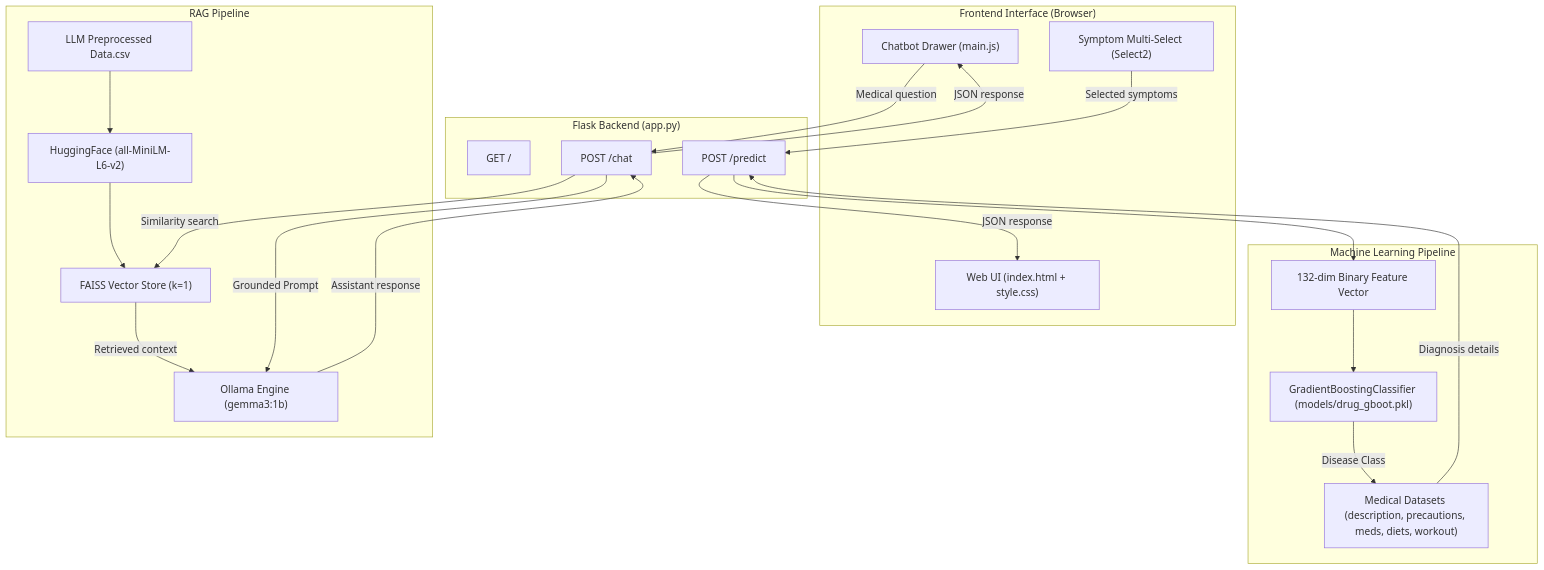
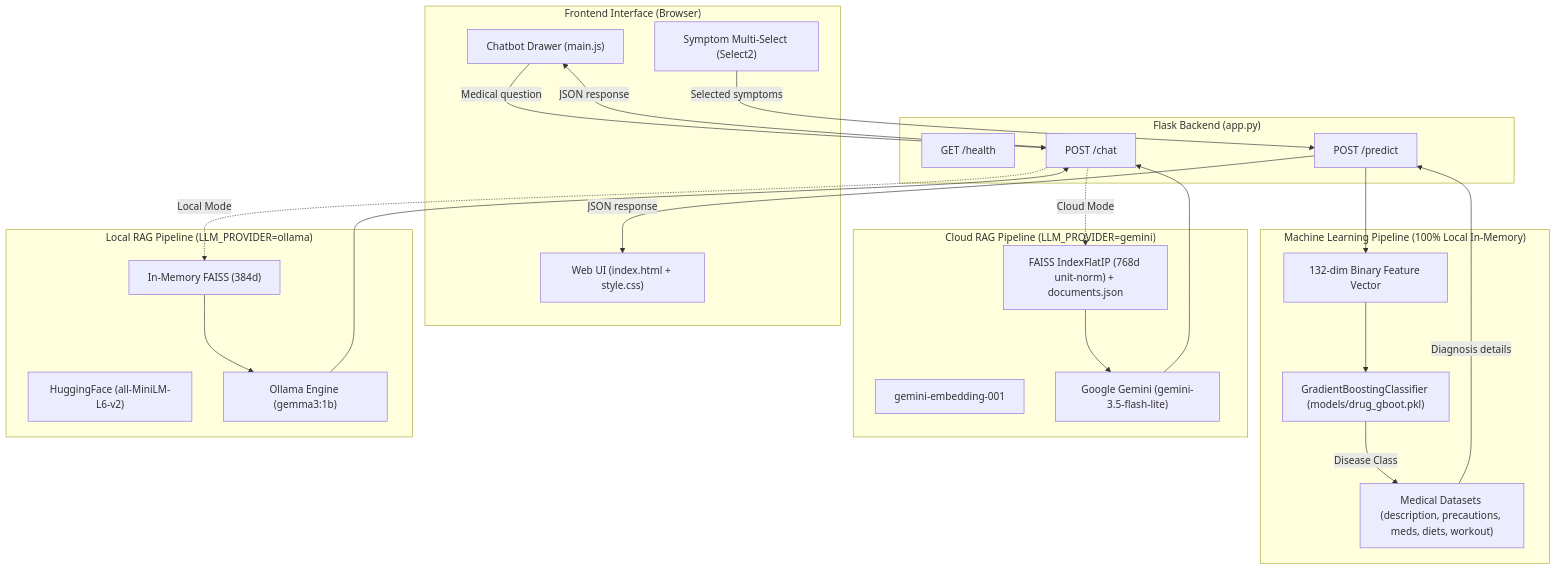
One commit to nareshkumar-ai/-drug-recommendation-system changed the diagram in README.md. Above: the diagram before and after it, drawn with Mermaid. The commit also changed other lines of this file and 16 other files, not shown here.

````diff
--- a/README.md
+++ b/README.md
@@ -27,41 +28,43 @@
 ```mermaid
 flowchart TD
     subgraph Client["Frontend Interface (Browser)"]
         UI["Web UI (index.html + style.css)"]
         Select2["Symptom Multi-Select (Select2)"]
         ChatWidget["Chatbot Drawer (main.js)"]
     end
 
     subgraph Server["Flask Backend (app.py)"]
-        HomeRoute["GET /"]
+        HealthRoute["GET /health"]
         PredictRoute["POST /predict"]
         ChatRoute["POST /chat"]
     end
 
-    subgraph ML["Machine Learning Pipeline"]
+    subgraph ML["Machine Learning Pipeline (100% Local In-Memory)"]
         Vector["132-dim Binary Feature Vector"]
         GBoost["GradientBoostingClassifier (models/drug_gboot.pkl)"]
         Lookup["Medical Datasets (description, precautions, meds, diets, workout)"]
     end
 
-    subgraph RAG["RAG Pipeline"]
-        KnowledgeBase["LLM Preprocessed Data.csv"]
-        Embedder["HuggingFace (all-MiniLM-L6-v2)"]
-        FAISSStore["FAISS Vector Store (k=1)"]
+    subgraph RAG_Cloud["Cloud RAG Pipeline (LLM_PROVIDER=gemini)"]
+        CloudFAISS["FAISS IndexFlatIP (768d unit-norm) + documents.json"]
+        GeminiEmbed["gemini-embedding-001"]
+        GeminiLLM["Google Gemini (gemini-3.5-flash-lite)"]
+    end
+
+    subgraph RAG_Local["Local RAG Pipeline (LLM_PROVIDER=ollama)"]
+        LocalFAISS["In-Memory FAISS (384d)"]
+        HFEmbed["HuggingFace (all-MiniLM-L6-v2)"]
         OllamaLLM["Ollama Engine (gemma3:1b)"]
     end
 
     Select2 -->|Selected symptoms| PredictRoute
     PredictRoute --> Vector --> GBoost
     GBoost -->|Disease Class| Lookup
     Lookup -->|Diagnosis details| PredictRoute
     PredictRoute -->|JSON response| UI
 
     ChatWidget -->|Medical question| ChatRoute
-    KnowledgeBase --> Embedder --> FAISSStore
-    ChatRoute -->|Similarity search| FAISSStore
-    FAISSStore -->|Retrieved context| OllamaLLM
-    ChatRoute -->|Grounded Prompt| OllamaLLM
-    OllamaLLM -->|Assistant response| ChatRoute
+    ChatRoute -.->|Cloud Mode| CloudFAISS --> GeminiLLM --> ChatRoute
+    ChatRoute -.->|Local Mode| LocalFAISS --> OllamaLLM --> ChatRoute
     ChatRoute -->|JSON response| ChatWidget
 ```
````
